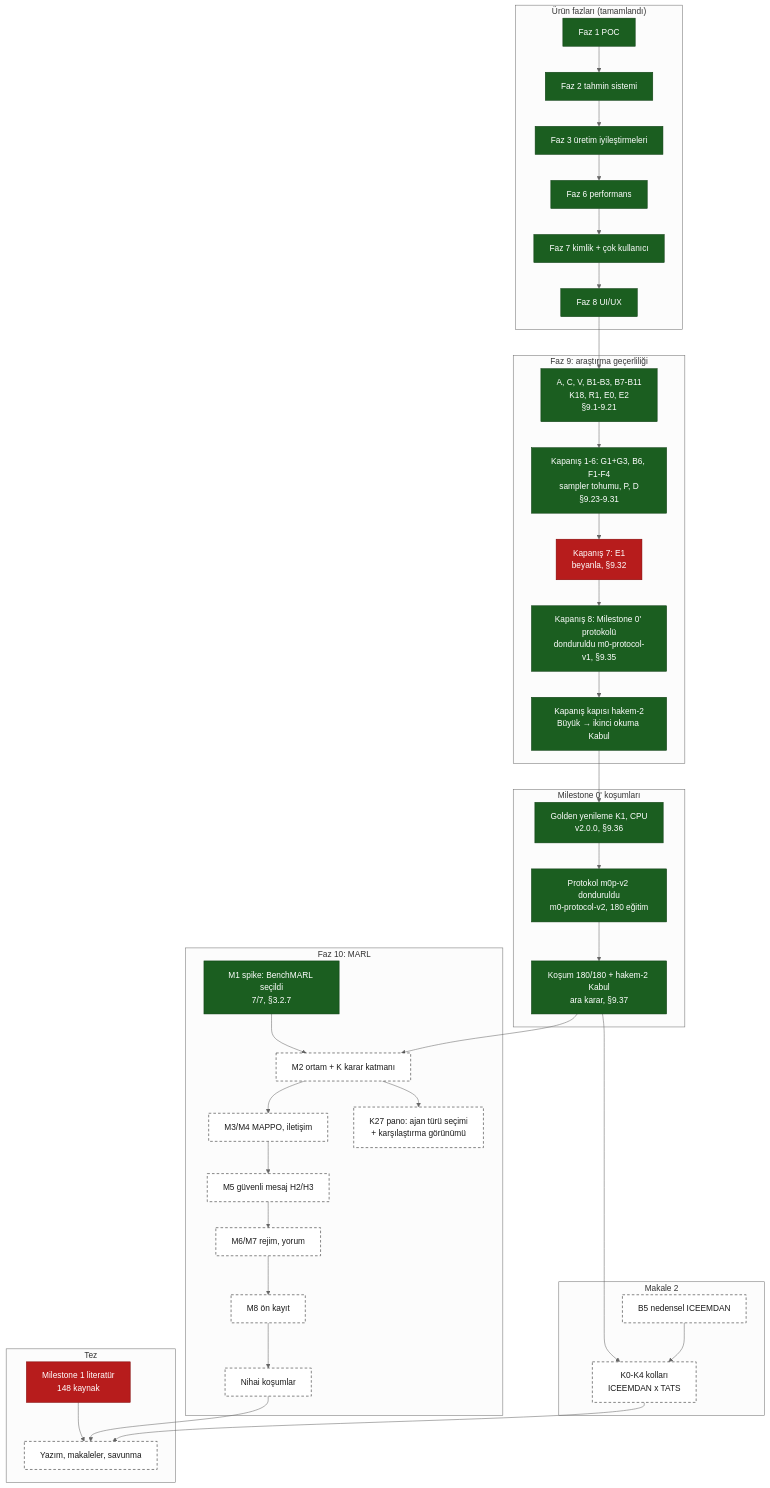
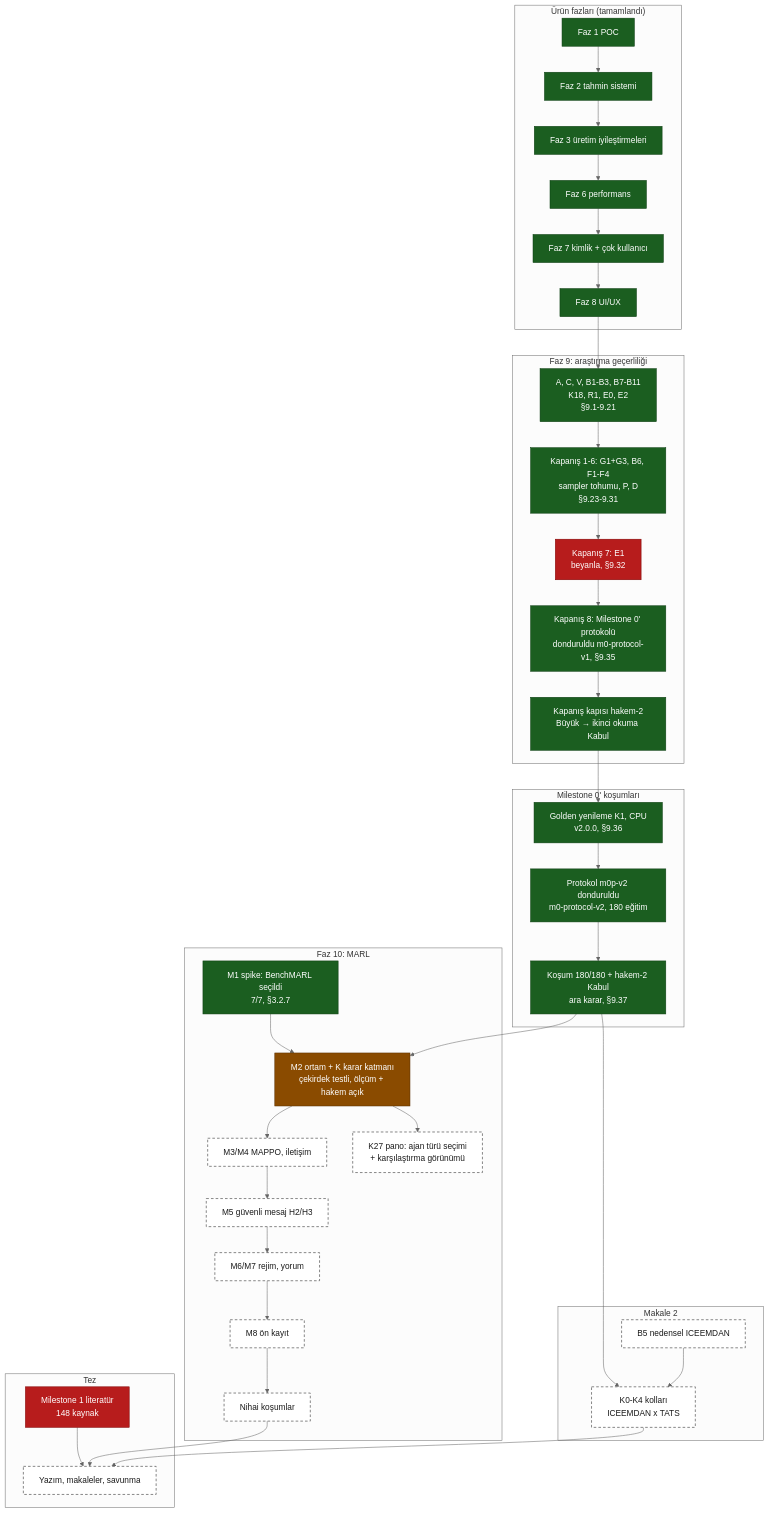
Before and after one commit to softdevcan/RL-Trading-Project: the second of 2 diagrams in docs/development/system-map.md, drawn with Mermaid (neutral theme). The commit also changed other lines of this file and 18 other files, not shown here.

````diff
--- a/docs/development/system-map.md
+++ b/docs/development/system-map.md
@@ -112,63 +112,63 @@
 ```mermaid
 flowchart TB
   classDef done fill:#1b5e20,stroke:#0b3d10,color:#ffffff
   classDef partial fill:#b71c1c,stroke:#7f0000,color:#ffffff
   classDef active fill:#8a4b00,stroke:#5a3000,color:#ffffff
   classDef decision fill:#4a148c,stroke:#2a0060,color:#ffffff
   classDef planned fill:#ffffff,stroke:#1a1a1a,stroke-dasharray:5 4,color:#1a1a1a
 
   subgraph URUN["Ürün fazları (tamamlandı)"]
     F1["Faz 1 POC"]:::done
     F2["Faz 2 tahmin sistemi"]:::done
     F3["Faz 3 üretim iyileştirmeleri"]:::done
     F6["Faz 6 performans"]:::done
     F7["Faz 7 kimlik + çok kullanıcı"]:::done
     F8["Faz 8 UI/UX"]:::done
   end
 
   subgraph F9["Faz 9: araştırma geçerliliği"]
     P9A["A, C, V, B1-B3, B7-B11<br/>K18, R1, E0, E2<br/>§9.1-9.21"]:::done
     P9B["Kapanış 1-6: G1+G3, B6, F1-F4<br/>sampler tohumu, P, D<br/>§9.23-9.31"]:::done
     P9E["Kapanış 7: E1<br/>beyanla, §9.32"]:::partial
     P9M["Kapanış 8: Milestone 0' protokolü<br/>donduruldu m0-protocol-v1, §9.35"]:::done
     H2["Kapanış kapısı hakem-2<br/>Büyük → ikinci okuma Kabul"]:::done
   end
 
   subgraph M0["Milestone 0' koşumları"]
     GOLD["Golden yenileme K1, CPU<br/>v2.0.0, §9.36"]:::done
     PRE["Protokol m0p-v2 donduruldu<br/>m0-protocol-v2, 180 eğitim"]:::done
     FIN["Koşum 180/180 + hakem-2 Kabul<br/>ara karar, §9.37"]:::done
   end
 
   subgraph M2P["Makale 2"]
     B5["B5 nedensel ICEEMDAN"]:::planned
     K0K4["K0-K4 kolları<br/>ICEEMDAN x TATS"]:::planned
   end
 
   subgraph F10["Faz 10: MARL"]
     M1["M1 spike: BenchMARL seçildi<br/>7/7, §3.2.7"]:::done
-    M2["M2 ortam + K karar katmanı"]:::planned
+    M2["M2 ortam + K karar katmanı<br/>çekirdek testli, ölçüm + hakem açık"]:::active
     M34["M3/M4 MAPPO, iletişim"]:::planned
     M5["M5 güvenli mesaj H2/H3"]:::planned
     M67["M6/M7 rejim, yorum"]:::planned
     M8["M8 ön kayıt"]:::planned
     FINAL["Nihai koşumlar"]:::planned
     K27["K27 pano: ajan türü seçimi<br/>+ karşılaştırma görünümü"]:::planned
   end
 
   subgraph TEZ["Tez"]
     T1["Milestone 1 literatür<br/>148 kaynak"]:::partial
     T4["Yazım, makaleler, savunma"]:::planned
   end
 
   F1 --> F2 --> F3 --> F6 --> F7 --> F8 --> P9A --> P9B --> P9E --> P9M --> H2
   H2 --> GOLD --> PRE --> FIN
   FIN --> K0K4
   B5 --> K0K4
   M1 --> M2
   FIN --> M2 --> M34 --> M5 --> M67 --> M8 --> FINAL
   M2 --> K27
   T1 --> T4
   FINAL --> T4
   K0K4 --> T4
 ```
````
